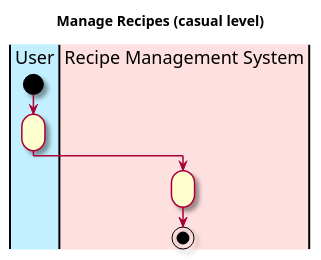
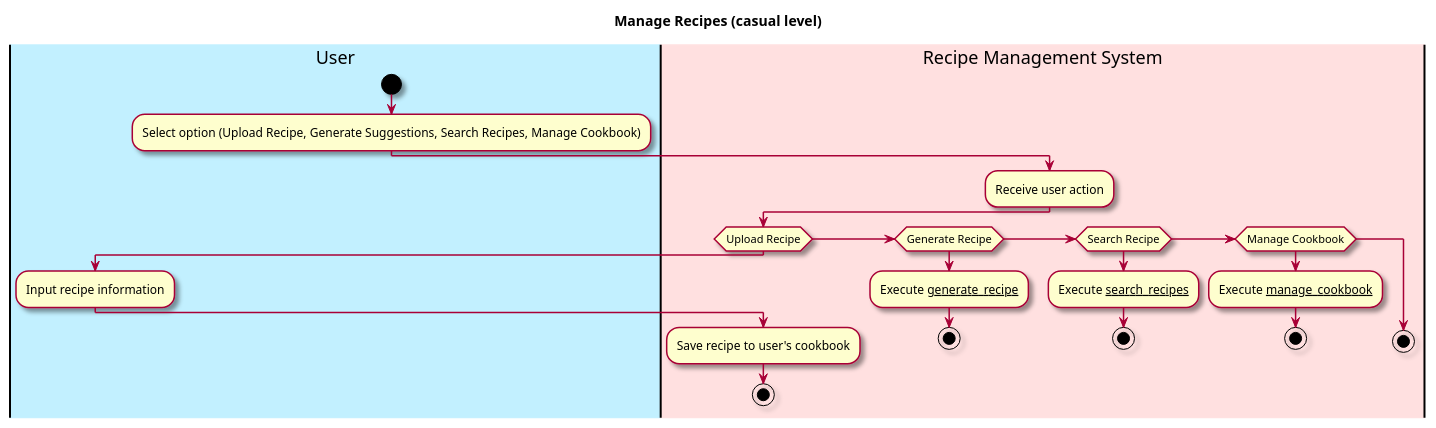
Before and after one commit to berthashipper/Pantry-Pal-Android-Application: the diagram in intellij/doc/use-cases/manage_recipes.md, drawn with PlantUML. The commit also changed other lines of this file and 1 other file, not shown here.

Commit message:
Wrote manage_recipes use case

````diff
--- a/intellij/doc/use-cases/manage_recipes.md
+++ b/intellij/doc/use-cases/manage_recipes.md
@@ -29,21 +29,41 @@
 ```plantuml
 @startuml
 
 skin rose
 
 title Manage Recipes (casual level)
 
 'define the lanes
 |#application|User|
 |#implementation|Recipe Management System|
 
 |User|
 start
-:;
+:Select option (Upload Recipe, Generate Suggestions, Search Recipes, Manage Cookbook);
+|Recipe Management System|
+:Receive user action;
 
+if (Upload Recipe) then
+|User|
+:Input recipe information;
 |Recipe Management System|
-:;
+:Save recipe to user's cookbook;
+stop
 
+elseif (Generate Recipe)
+|Recipe Management System|
+:Execute __generate_recipe__;
+stop
+
+elseif (Search Recipe)
+:Execute __search_recipes__;
+stop
+
+elseif (Manage Cookbook)
+:Execute __manage_cookbook__;
+stop
+
+else
 stop
 @enduml
 ```
````
